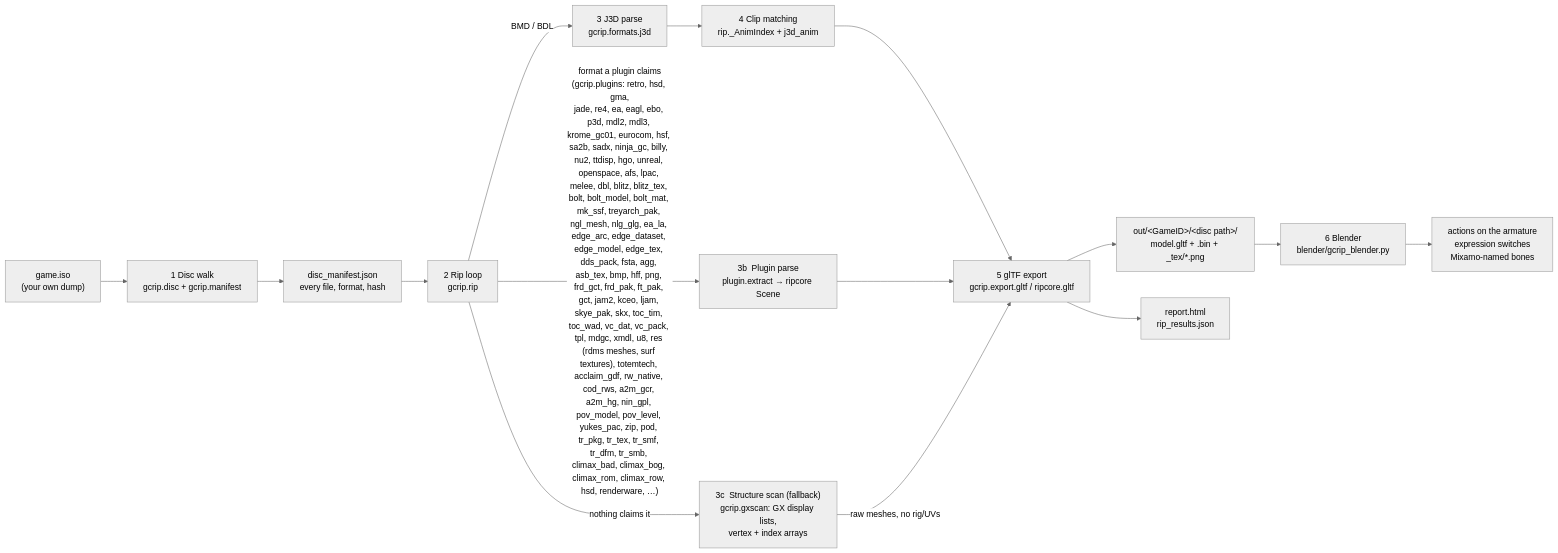
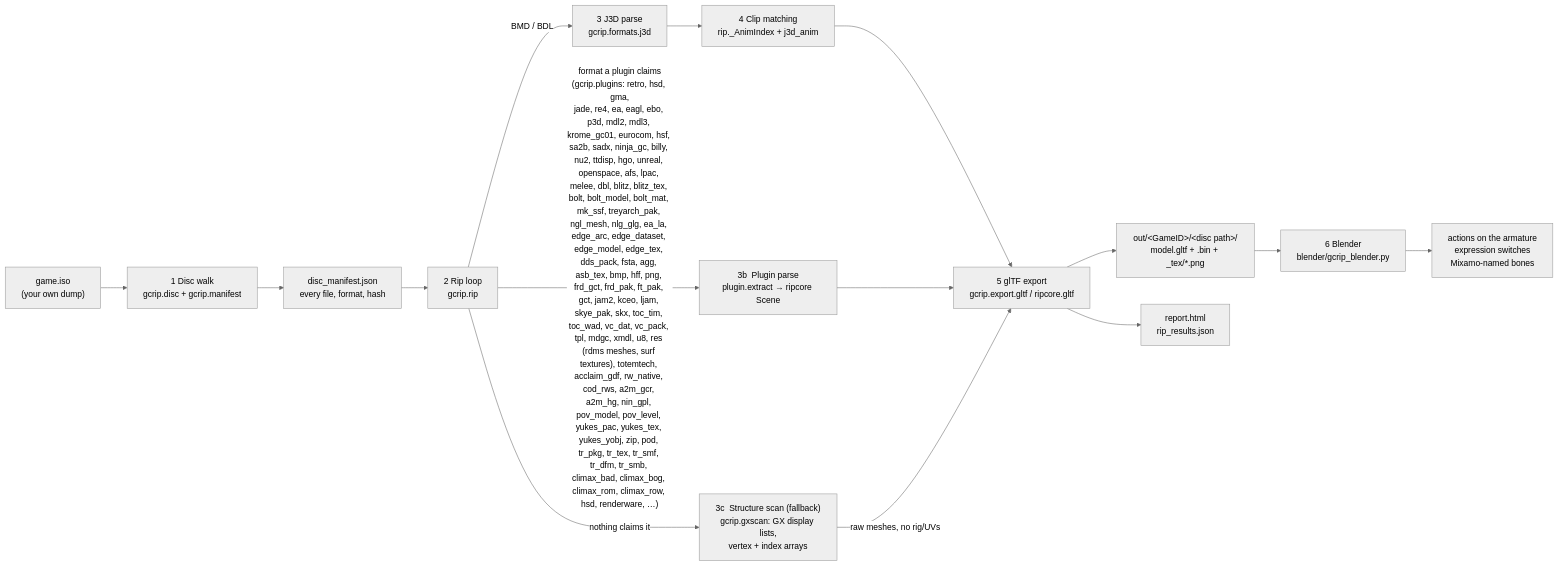
One commit to Felbs/3d-ripper-9000 changed the first of 10 diagrams in docs/PIPELINE.md. Above: the diagram before and after it, drawn with Mermaid (neutral theme). The commit also changed 7 other files, not shown here.

First line of the commit message:
gcrip yukes_yobj: WWE Day of Reckoning (YOBJ version 4 behind DUMY) - s16 vertices with rotated normals, 6-byte strip corners, one group a material, TEV stages naming the .tex pack's TPLs; a wrestler rips textured

````diff
--- a/docs/PIPELINE.md
+++ b/docs/PIPELINE.md
@@ -11,17 +11,17 @@
 ```mermaid
 flowchart LR
     ISO["game.iso<br/>(your own dump)"] --> WALK["1  Disc walk<br/>gcrip.disc + gcrip.manifest"]
     WALK --> MAN["disc_manifest.json<br/>every file, format, hash"]
     MAN --> RIP["2  Rip loop<br/>gcrip.rip"]
     RIP -->|"BMD / BDL"| J3D["3  J3D parse<br/>gcrip.formats.j3d"]
-    RIP -->|"format a plugin claims<br/>(gcrip.plugins: retro, hsd, gma,<br/>jade, re4, ea, eagl, ebo, p3d, mdl2, mdl3, krome_gc01, eurocom, hsf, sa2b, sadx, ninja_gc, billy, nu2, ttdisp, hgo, unreal, openspace, afs, lpac, melee, dbl, blitz, blitz_tex, bolt, bolt_model, bolt_mat, mk_ssf, treyarch_pak, ngl_mesh, nlg_glg, ea_la, edge_arc, edge_dataset, edge_model, edge_tex, dds_pack, fsta, agg, asb_tex, bmp, hff, png, frd_gct, frd_pak, ft_pak, gct, jam2, kceo, ljam, skye_pak, skx, toc_tim, toc_wad, vc_dat, vc_pack, tpl, mdgc, xmdl, u8, res (rdms meshes, surf textures), totemtech, acclaim_gdf, rw_native, cod_rws, a2m_gcr, a2m_hg, nin_gpl, pov_model, pov_level, yukes_pac, zip, pod, tr_pkg, tr_tex, tr_smf, tr_dfm, tr_smb, climax_bad, climax_bog, climax_rom, climax_row, hsd, renderware, …)"| PLUG["3b  Plugin parse<br/>plugin.extract → ripcore Scene"]
+    RIP -->|"format a plugin claims<br/>(gcrip.plugins: retro, hsd, gma,<br/>jade, re4, ea, eagl, ebo, p3d, mdl2, mdl3, krome_gc01, eurocom, hsf, sa2b, sadx, ninja_gc, billy, nu2, ttdisp, hgo, unreal, openspace, afs, lpac, melee, dbl, blitz, blitz_tex, bolt, bolt_model, bolt_mat, mk_ssf, treyarch_pak, ngl_mesh, nlg_glg, ea_la, edge_arc, edge_dataset, edge_model, edge_tex, dds_pack, fsta, agg, asb_tex, bmp, hff, png, frd_gct, frd_pak, ft_pak, gct, jam2, kceo, ljam, skye_pak, skx, toc_tim, toc_wad, vc_dat, vc_pack, tpl, mdgc, xmdl, u8, res (rdms meshes, surf textures), totemtech, acclaim_gdf, rw_native, cod_rws, a2m_gcr, a2m_hg, nin_gpl, pov_model, pov_level, yukes_pac, yukes_tex, yukes_yobj, zip, pod, tr_pkg, tr_tex, tr_smf, tr_dfm, tr_smb, climax_bad, climax_bog, climax_rom, climax_row, hsd, renderware, …)"| PLUG["3b  Plugin parse<br/>plugin.extract → ripcore Scene"]
     RIP -->|"nothing claims it"| GX["3c  Structure scan (fallback)<br/>gcrip.gxscan: GX display lists,<br/>vertex + index arrays"]
     J3D --> ANIM["4  Clip matching<br/>rip._AnimIndex + j3d_anim"]
     ANIM --> GLTF["5  glTF export<br/>gcrip.export.gltf / ripcore.gltf"]
     PLUG --> GLTF
     GX -->|"raw meshes, no rig/UVs"| GLTF
     GLTF --> OUT["out/&lt;GameID&gt;/&lt;disc path&gt;/<br/>model.gltf + .bin + _tex/*.png"]
     GLTF --> REP["report.html<br/>rip_results.json"]
     OUT --> BL["6  Blender<br/>blender/gcrip_blender.py"]
     BL --> PLAY["actions on the armature<br/>expression switches<br/>Mixamo-named bones"]
 ```
````
